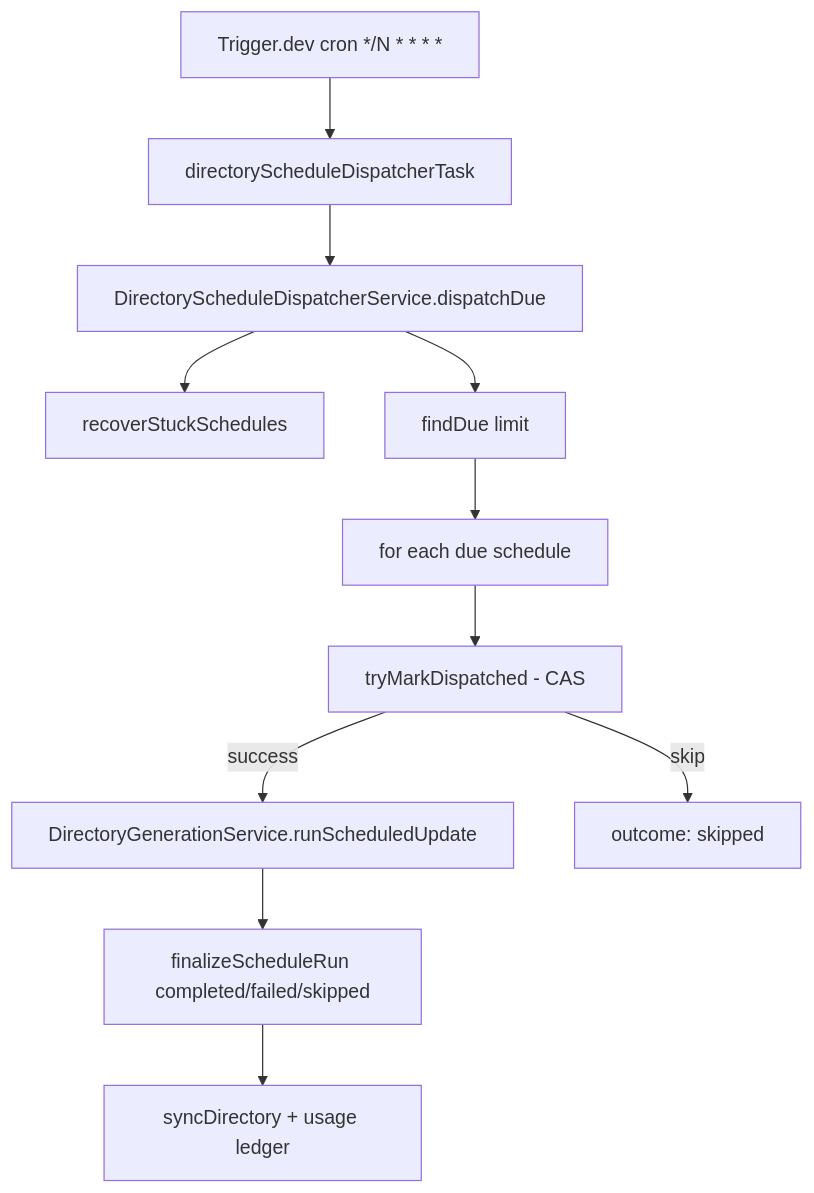
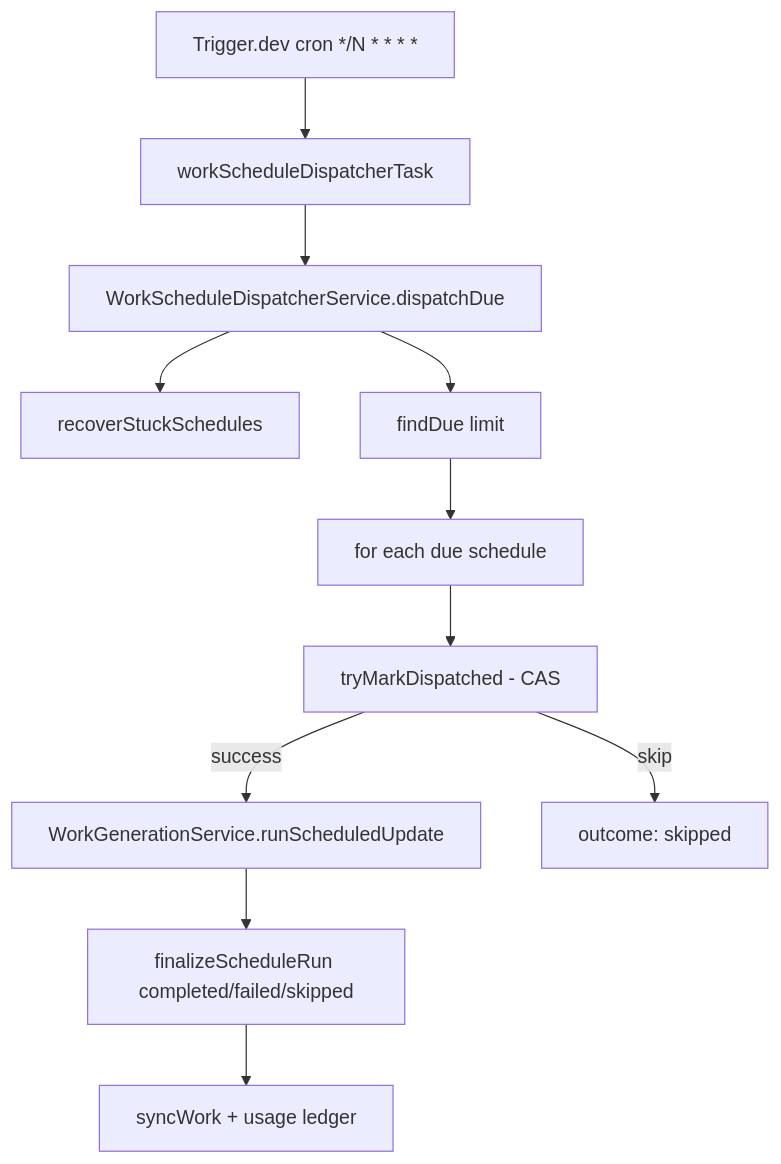
One commit to ever-works/ever-works changed the diagram in docs/specs/features/scheduled-updates/plan.md. Above: the diagram before and after it, drawn with Mermaid. The commit also changed other lines of this file and 395 other files, not shown here.

````diff
--- a/docs/specs/features/scheduled-updates/plan.md
+++ b/docs/specs/features/scheduled-updates/plan.md
@@ -12,13 +12,13 @@
 ```mermaid
 flowchart TD
-    Cron[Trigger.dev cron */N * * * *] --> Task[directoryScheduleDispatcherTask]
-    Task --> Disp[DirectoryScheduleDispatcherService.dispatchDue]
+    Cron[Trigger.dev cron */N * * * *] --> Task[workScheduleDispatcherTask]
+    Task --> Disp[WorkScheduleDispatcherService.dispatchDue]
     Disp --> Recover[recoverStuckSchedules]
     Disp --> Find[findDue limit]
     Find --> ForEach[for each due schedule]
     ForEach --> Claim[tryMarkDispatched - CAS]
-    Claim -- success --> Run[DirectoryGenerationService.runScheduledUpdate]
+    Claim -- success --> Run[WorkGenerationService.runScheduledUpdate]
     Claim -- skip --> Log[outcome: skipped]
     Run --> Finalize[finalizeScheduleRun completed/failed/skipped]
-    Finalize --> Sync[syncDirectory + usage ledger]
+    Finalize --> Sync[syncWork + usage ledger]
 ```
````
